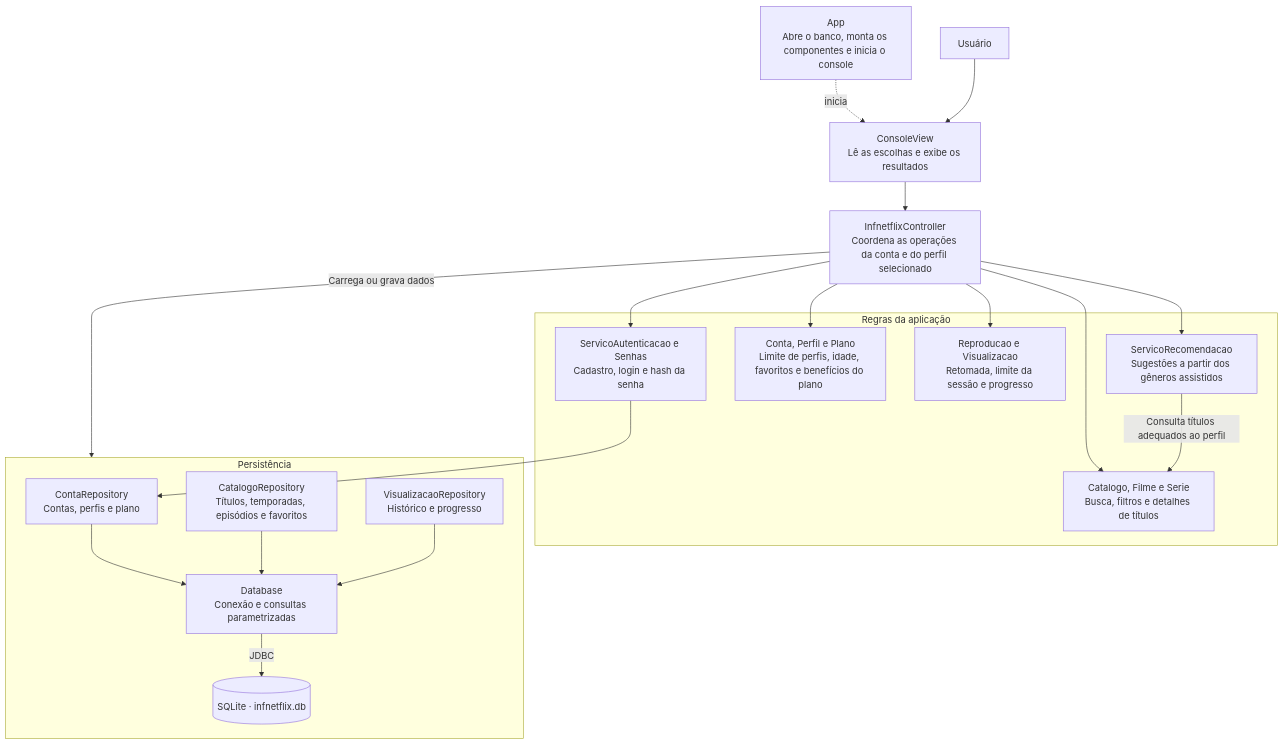
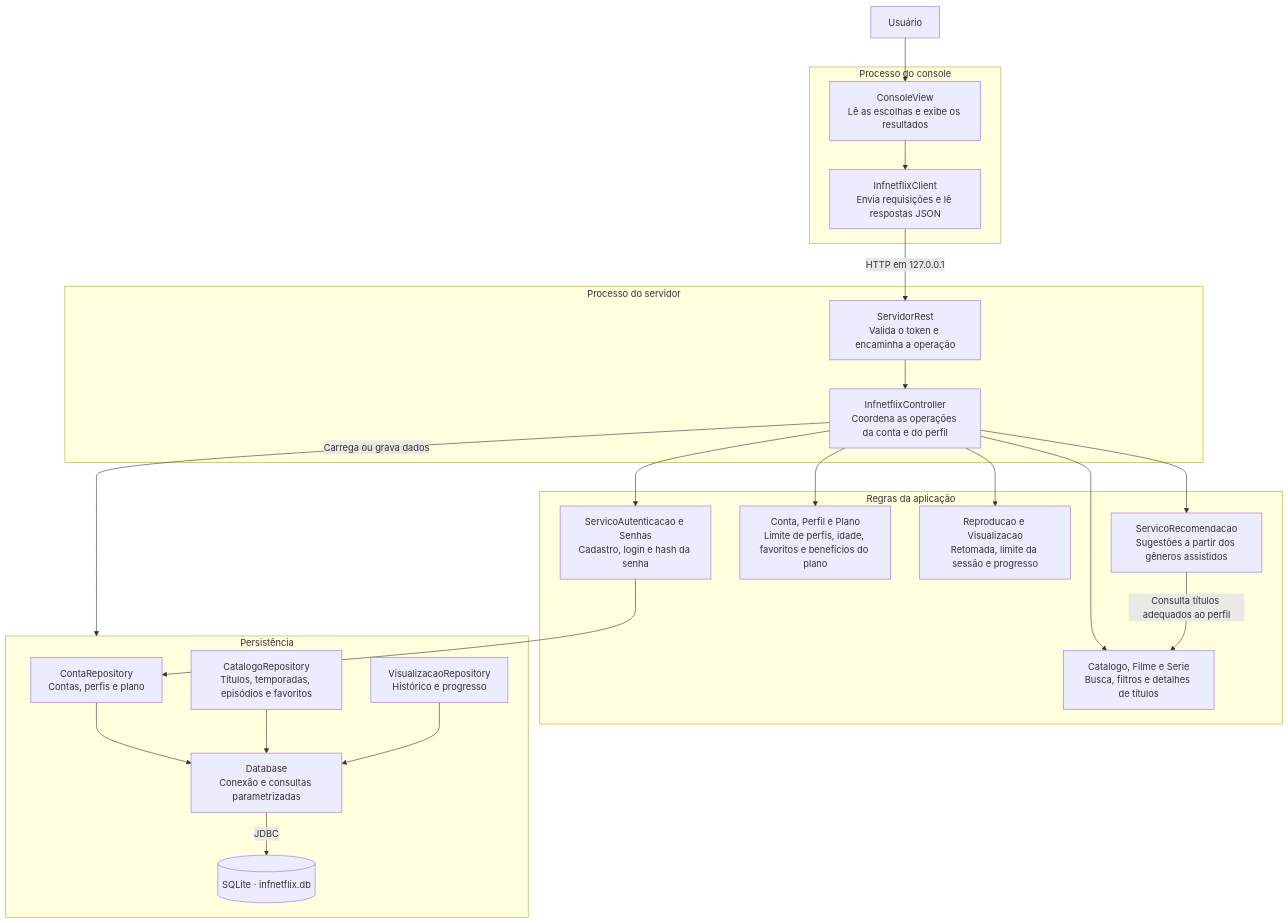
The first of 3 diagrams in visao-geral.md (ffavareto/projeto-de-bloco-back-end), drawn with Mermaid before and after one commit. The commit also changed other lines of this file and 11 other files, not shown here.

First line of the commit message:
Implementa servidor REST para o INFNETFLIX, incluindo autenticação e gerenciamento de perfis

````diff
--- a/visao-geral.md
+++ b/visao-geral.md
@@ -7,39 +7,47 @@
 ```mermaid
 flowchart TD
     Usuario["Usuário"]
-    App["App<br/>Abre o banco, monta os componentes e inicia o console"]
-    Console["ConsoleView<br/>Lê as escolhas e exibe os resultados"]
-    Controlador["InfnetflixController<br/>Coordena as operações da conta e do perfil selecionado"]
+    subgraph Cliente["Processo do console"]
+        Console["ConsoleView<br/>Lê as escolhas e exibe os resultados"]
+        Http["InfnetflixClient<br/>Envia requisições e lê respostas JSON"]
+        Console --> Http
+    end
+
+    subgraph Servidor["Processo do servidor"]
+        API["ServidorRest<br/>Valida o token e encaminha a operação"]
+        Controlador["InfnetflixController<br/>Coordena as operações da conta e do perfil"]
+        API --> Controlador
+    end
 
     subgraph Regras["Regras da aplicação"]
         Autenticacao["ServicoAutenticacao e Senhas<br/>Cadastro, login e hash da senha"]
         Conta["Conta, Perfil e Plano<br/>Limite de perfis, idade, favoritos e benefícios do plano"]
         Catalogo["Catalogo, Filme e Serie<br/>Busca, filtros e detalhes de títulos"]
         Reproducao["Reproducao e Visualizacao<br/>Retomada, limite da sessão e progresso"]
         Recomendacao["ServicoRecomendacao<br/>Sugestões a partir dos gêneros assistidos"]
     end
 
     subgraph Dados["Persistência"]
         Contas["ContaRepository<br/>Contas, perfis e plano"]
         Titulos["CatalogoRepository<br/>Títulos, temporadas, episódios e favoritos"]
         Historico["VisualizacaoRepository<br/>Histórico e progresso"]
         Database["Database<br/>Conexão e consultas parametrizadas"]
         SQLite[("SQLite · infnetflix.db")]
 
         Contas --> Database
         Titulos --> Database
         Historico --> Database
         Database -->|JDBC| SQLite
     end
 
-    App -. inicia .-> Console
-    Usuario --> Console --> Controlador
+    Usuario --> Console
+    Http -->|"HTTP em 127.0.0.1"| API
     Controlador --> Autenticacao
     Controlador --> Conta
     Controlador --> Catalogo
     Controlador --> Reproducao
     Controlador --> Recomendacao
     Controlador -->|Carrega ou grava dados| Dados
     Autenticacao --> Contas
     Recomendacao -->|Consulta títulos adequados ao perfil| Catalogo
 ```
````
